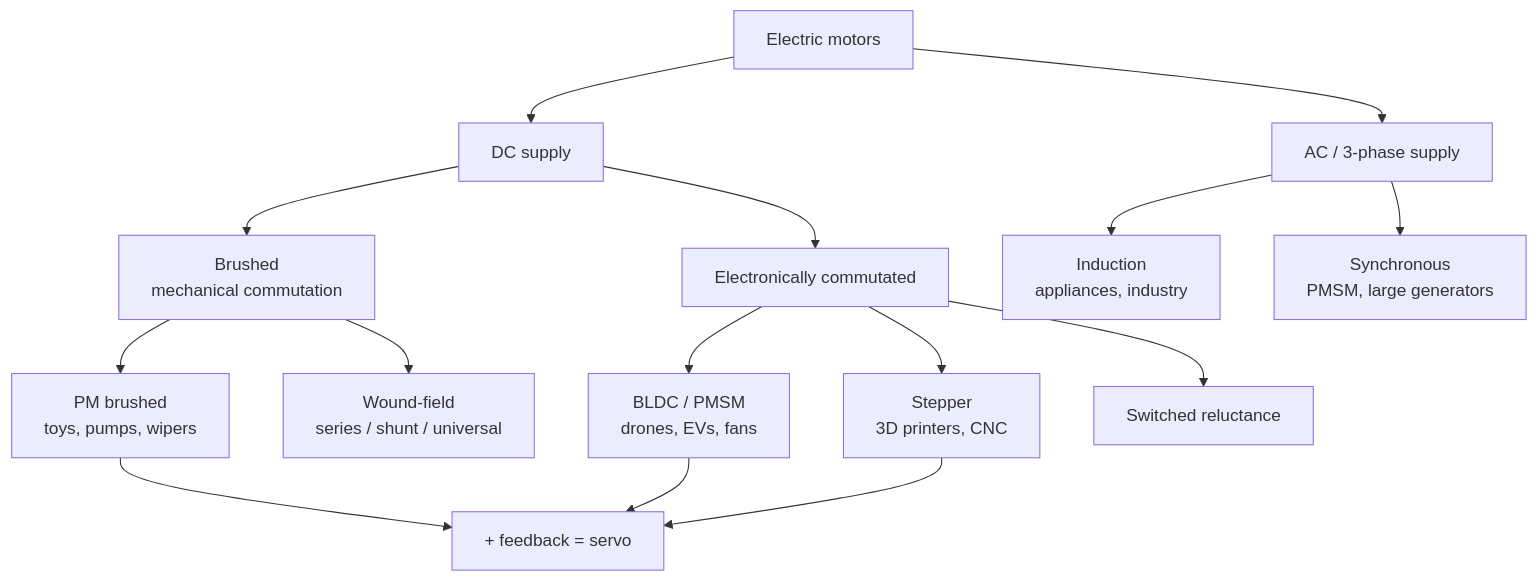
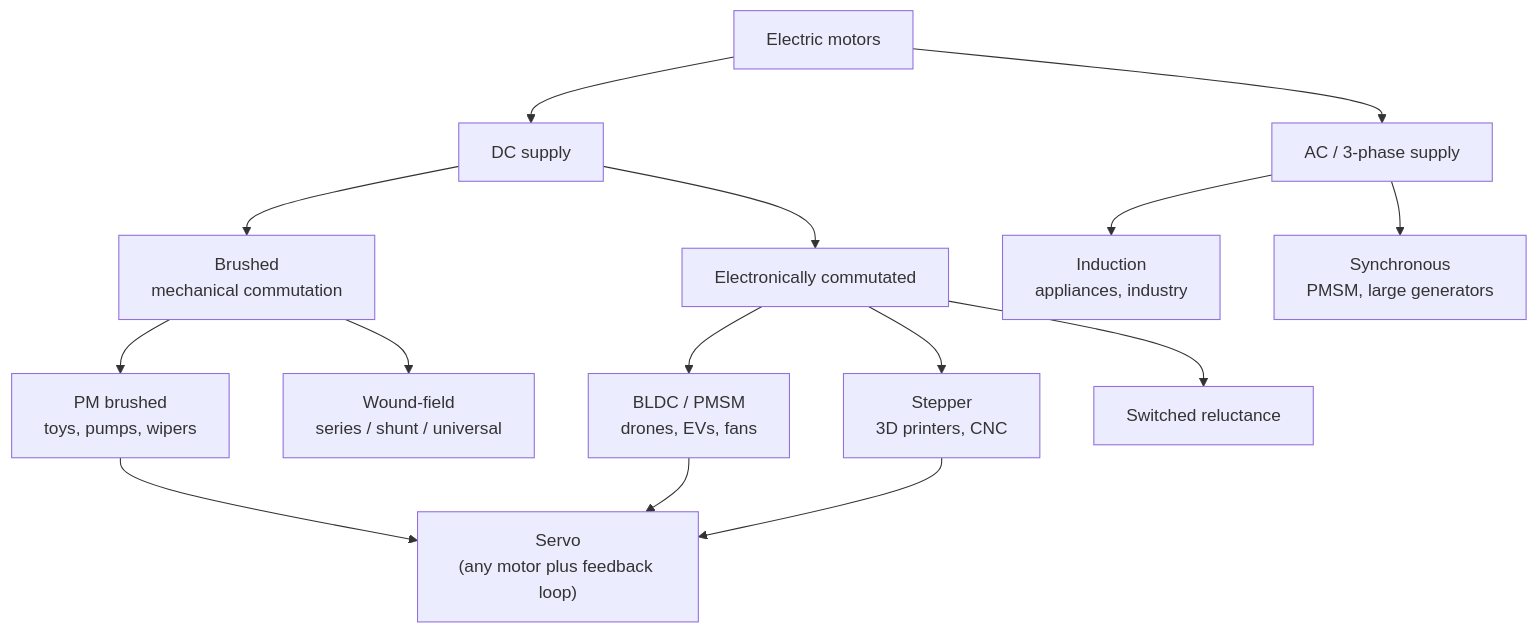
One commit to atallm7/monty-prep changed the diagram in content/questions/q0349.md. Above: the diagram before and after it, drawn with Mermaid. The commit also changed other lines of this file and 77 other files, not shown here.

````diff
--- a/content/questions/q0349.md
+++ b/content/questions/q0349.md
@@ -118,17 +118,17 @@
 ```mermaid
 flowchart TD
   M["Electric motors"] --> DC["DC supply"]
   M --> AC["AC / 3-phase supply"]
   DC --> BR["Brushed<br/>mechanical commutation"]
   DC --> EL["Electronically commutated"]
   BR --> PM["PM brushed<br/>toys, pumps, wipers"]
   BR --> WF["Wound-field<br/>series / shunt / universal"]
   EL --> BL["BLDC / PMSM<br/>drones, EVs, fans"]
   EL --> ST["Stepper<br/>3D printers, CNC"]
   EL --> SR["Switched reluctance"]
   AC --> IM["Induction<br/>appliances, industry"]
   AC --> SM["Synchronous<br/>PMSM, large generators"]
-  PM --> SV["+ feedback = servo"]
+  PM --> SV["Servo<br/>(any motor plus feedback loop)"]
   BL --> SV
   ST --> SV
 ```
````
